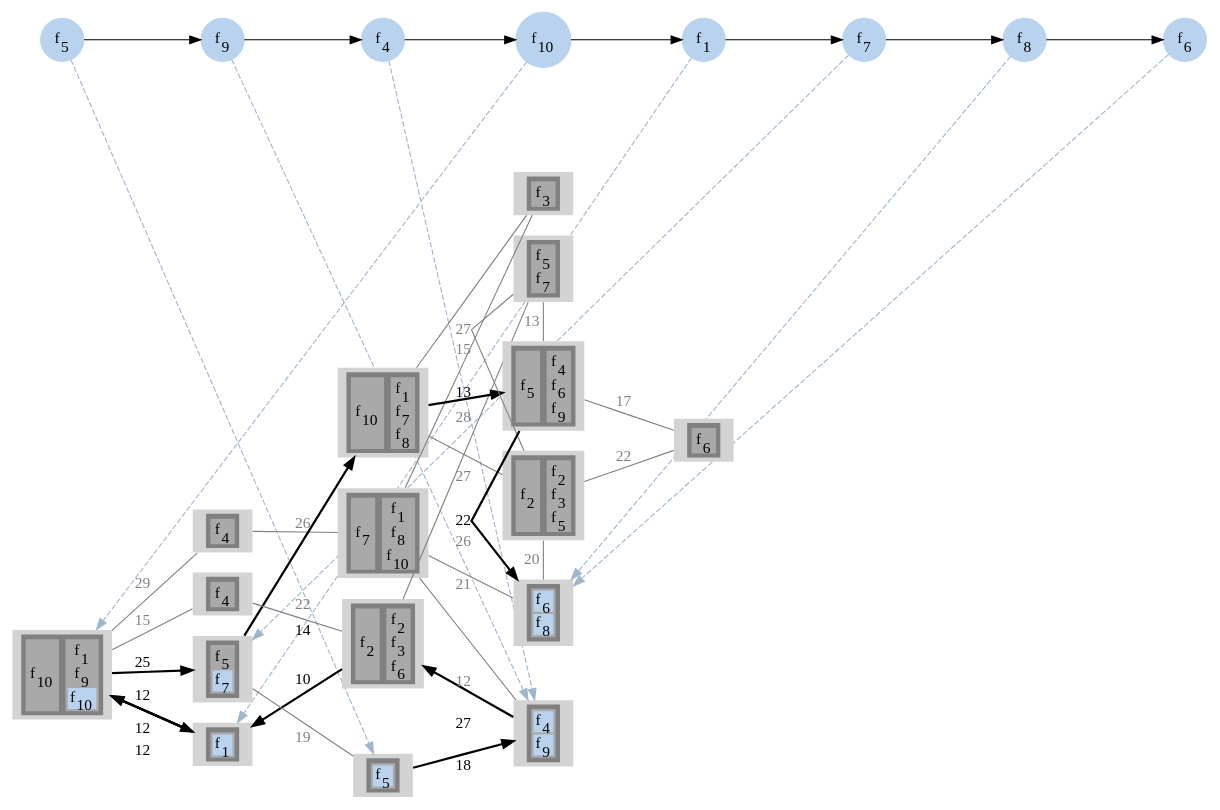
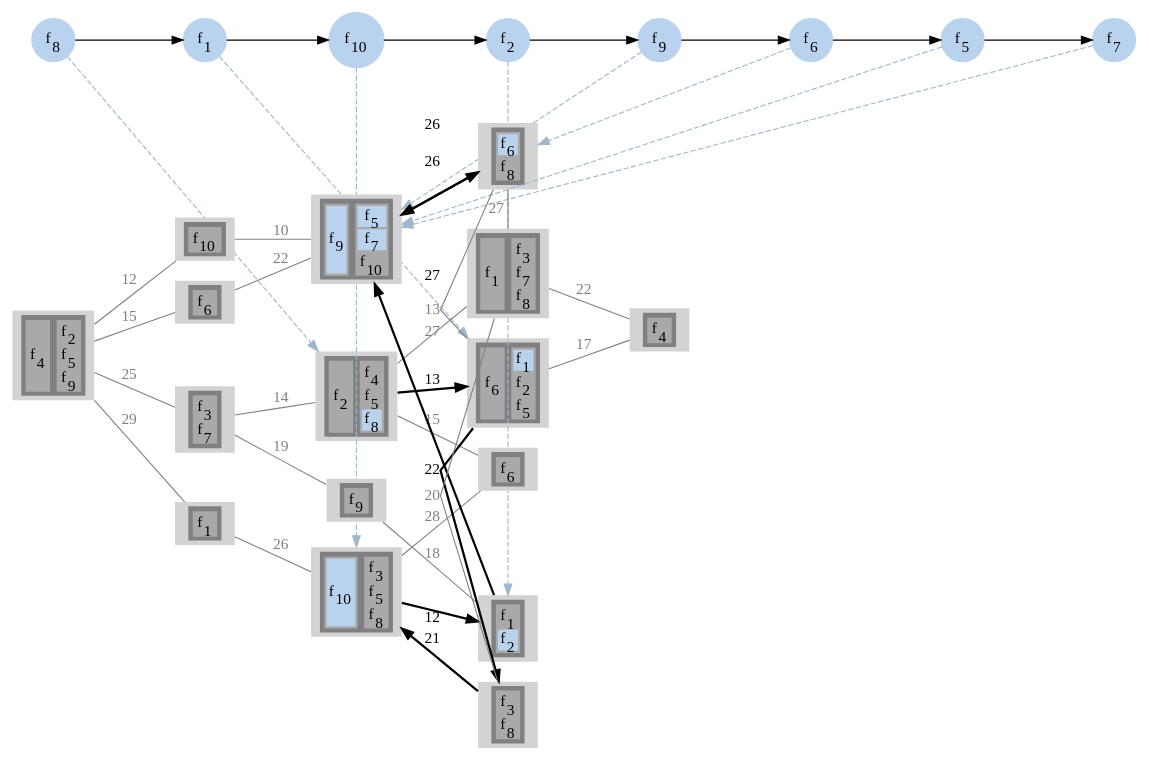
The diagram in output/sevenReliabilityOne/gv/sfcAssgn6.gv (prateekshyap/SFC_Placement_in_VNF), drawn with Graphviz before and after one commit. The commit also changed 80 other files, not shown here.

```diff
--- a/output/sevenReliabilityOne/gv/sfcAssgn6.gv
+++ b/output/sevenReliabilityOne/gv/sfcAssgn6.gv
@@ -5,29 +5,29 @@
 subgraph sfc
 {
 node [shape=circle]
+{rank = same; f8; };
+{rank = same; f1; };
+{rank = same; f10; };
+{rank = same; f2; };
+{rank = same; f9; };
+{rank = same; f6; };
 {rank = same; f5; };
-{rank = same; f9; };
-{rank = same; f4; };
-{rank = same; f10; };
-{rank = same; f1; };
 {rank = same; f7; };
-{rank = same; f8; };
-{rank = same; f6; };
+f8[style=filled label=<f<SUB>8</SUB>> color="slategray2"]
+f1[style=filled label=<f<SUB>1</SUB>> color="slategray2"]
+f10[style=filled label=<f<SUB>10</SUB>> color="slategray2"]
+f2[style=filled label=<f<SUB>2</SUB>> color="slategray2"]
+f9[style=filled label=<f<SUB>9</SUB>> color="slategray2"]
+f6[style=filled label=<f<SUB>6</SUB>> color="slategray2"]
 f5[style=filled label=<f<SUB>5</SUB>> color="slategray2"]
-f9[style=filled label=<f<SUB>9</SUB>> color="slategray2"]
-f4[style=filled label=<f<SUB>4</SUB>> color="slategray2"]
-f10[style=filled label=<f<SUB>10</SUB>> color="slategray2"]
-f1[style=filled label=<f<SUB>1</SUB>> color="slategray2"]
 f7[style=filled label=<f<SUB>7</SUB>> color="slategray2"]
-f8[style=filled label=<f<SUB>8</SUB>> color="slategray2"]
-f6[style=filled label=<f<SUB>6</SUB>> color="slategray2"]
-f5 -> f9
-f9 -> f4
-f4 -> f10
-f10 -> f1
-f1 -> f7
-f7 -> f8
-f8 -> f6
+f8 -> f1
+f1 -> f10
+f10 -> f2
+f2 -> f9
+f9 -> f6
+f6 -> f5
+f5 -> f7
 }
 subgraph network
 {
@@ -37,13 +37,96 @@
 {rank = same; 4; 6; 7; 9; };
 {rank = same; 5; 11; 10; 14; 12; 13; };
 {rank = same; 16; };
-7[style=filled
+9[style=filled
 label=<
 <TABLE BORDER="0" BGCOLOR="gray">
 <TR>
 <TD>
 <TABLE BORDER="0" BGCOLOR="darkgray">
-<TR><TD PORT="f19" BGCOLOR="slategray2">f<SUB>5</SUB></TD></TR>
+<TR><TD PORT="f6" BGCOLOR="darkgray">f<SUB>2</SUB></TD></TR>
+</TABLE>
+</TD>
+<TD>
+<TABLE BORDER="0" BGCOLOR="darkgray">
+<TR><TD PORT="f15" BGCOLOR="darkgray">f<SUB>4</SUB></TD></TR>
+<TR><TD PORT="f18" BGCOLOR="darkgray">f<SUB>5</SUB></TD></TR>
+<TR><TD PORT="f29" BGCOLOR="slategray2">f<SUB>8</SUB></TD></TR>
+</TABLE>
+</TD>
+</TR>
+</TABLE>>]
+
+12[style=filled
+label=<
+<TABLE BORDER="0" BGCOLOR="gray">
+<TR>
+<TD>
+<TABLE BORDER="0" BGCOLOR="darkgray">
+<TR><TD PORT="f22" BGCOLOR="darkgray">f<SUB>6</SUB></TD></TR>
+</TABLE>
+</TD>
+<TD>
+<TABLE BORDER="0" BGCOLOR="darkgray">
+<TR><TD PORT="f2" BGCOLOR="slategray2">f<SUB>1</SUB></TD></TR>
+<TR><TD PORT="f7" BGCOLOR="darkgray">f<SUB>2</SUB></TD></TR>
+<TR><TD PORT="f17" BGCOLOR="darkgray">f<SUB>5</SUB></TD></TR>
+</TABLE>
+</TD>
+</TR>
+</TABLE>>]
+
+12[style=filled
+label=<
+<TABLE BORDER="0" BGCOLOR="gray">
+<TR>
+<TD>
+<TABLE BORDER="0" BGCOLOR="darkgray">
+<TR><TD PORT="f22" BGCOLOR="darkgray">f<SUB>6</SUB></TD></TR>
+</TABLE>
+</TD>
+<TD>
+<TABLE BORDER="0" BGCOLOR="darkgray">
+<TR><TD PORT="f2" BGCOLOR="slategray2">f<SUB>1</SUB></TD></TR>
+<TR><TD PORT="f7" BGCOLOR="darkgray">f<SUB>2</SUB></TD></TR>
+<TR><TD PORT="f17" BGCOLOR="darkgray">f<SUB>5</SUB></TD></TR>
+</TABLE>
+</TD>
+</TR>
+</TABLE>>]
+
+6[style=filled
+label=<
+<TABLE BORDER="0" BGCOLOR="gray">
+<TR>
+<TD>
+<TABLE BORDER="0" BGCOLOR="darkgray">
+<TR><TD PORT="f36" BGCOLOR="slategray2">f<SUB>10</SUB></TD></TR>
+</TABLE>
+</TD>
+<TD>
+<TABLE BORDER="0" BGCOLOR="darkgray">
+<TR><TD PORT="f9" BGCOLOR="darkgray">f<SUB>3</SUB></TD></TR>
+<TR><TD PORT="f16" BGCOLOR="darkgray">f<SUB>5</SUB></TD></TR>
+<TR><TD PORT="f28" BGCOLOR="darkgray">f<SUB>8</SUB></TD></TR>
+</TABLE>
+</TD>
+</TR>
+</TABLE>>]
+
+6[style=filled
+label=<
+<TABLE BORDER="0" BGCOLOR="gray">
+<TR>
+<TD>
+<TABLE BORDER="0" BGCOLOR="darkgray">
+<TR><TD PORT="f36" BGCOLOR="slategray2">f<SUB>10</SUB></TD></TR>
+</TABLE>
+</TD>
+<TD>
+<TABLE BORDER="0" BGCOLOR="darkgray">
+<TR><TD PORT="f9" BGCOLOR="darkgray">f<SUB>3</SUB></TD></TR>
+<TR><TD PORT="f16" BGCOLOR="darkgray">f<SUB>5</SUB></TD></TR>
+<TR><TD PORT="f28" BGCOLOR="darkgray">f<SUB>8</SUB></TD></TR>
 </TABLE>
 </TD>
 </TR>
@@ -55,8 +138,8 @@
 <TR>
 <TD>
 <TABLE BORDER="0" BGCOLOR="darkgray">
-<TR><TD PORT="f14" BGCOLOR="slategray2">f<SUB>4</SUB></TD></TR>
-<TR><TD PORT="f34" BGCOLOR="slategray2">f<SUB>9</SUB></TD></TR>
+<TR><TD PORT="f1" BGCOLOR="darkgray">f<SUB>1</SUB></TD></TR>
+<TR><TD PORT="f5" BGCOLOR="slategray2">f<SUB>2</SUB></TD></TR>
 </TABLE>
 </TD>
 </TR>
@@ -68,21 +151,91 @@
 <TR>
 <TD>
 <TABLE BORDER="0" BGCOLOR="darkgray">
-<TR><TD PORT="f14" BGCOLOR="slategray2">f<SUB>4</SUB></TD></TR>
-<TR><TD PORT="f34" BGCOLOR="slategray2">f<SUB>9</SUB></TD></TR>
+<TR><TD PORT="f1" BGCOLOR="darkgray">f<SUB>1</SUB></TD></TR>
+<TR><TD PORT="f5" BGCOLOR="slategray2">f<SUB>2</SUB></TD></TR>
 </TABLE>
 </TD>
 </TR>
 </TABLE>>]
 
-5[style=filled
+4[style=filled
 label=<
 <TABLE BORDER="0" BGCOLOR="gray">
 <TR>
 <TD>
 <TABLE BORDER="0" BGCOLOR="darkgray">
-<TR><TD PORT="f14" BGCOLOR="slategray2">f<SUB>4</SUB></TD></TR>
 <TR><TD PORT="f34" BGCOLOR="slategray2">f<SUB>9</SUB></TD></TR>
+</TABLE>
+</TD>
+<TD>
+<TABLE BORDER="0" BGCOLOR="darkgray">
+<TR><TD PORT="f19" BGCOLOR="slategray2">f<SUB>5</SUB></TD></TR>
+<TR><TD PORT="f25" BGCOLOR="slategray2">f<SUB>7</SUB></TD></TR>
+<TR><TD PORT="f38" BGCOLOR="darkgray">f<SUB>10</SUB></TD></TR>
+</TABLE>
+</TD>
+</TR>
+</TABLE>>]
+
+4[style=filled
+label=<
+<TABLE BORDER="0" BGCOLOR="gray">
+<TR>
+<TD>
+<TABLE BORDER="0" BGCOLOR="darkgray">
+<TR><TD PORT="f34" BGCOLOR="slategray2">f<SUB>9</SUB></TD></TR>
+</TABLE>
+</TD>
+<TD>
+<TABLE BORDER="0" BGCOLOR="darkgray">
+<TR><TD PORT="f19" BGCOLOR="slategray2">f<SUB>5</SUB></TD></TR>
+<TR><TD PORT="f25" BGCOLOR="slategray2">f<SUB>7</SUB></TD></TR>
+<TR><TD PORT="f38" BGCOLOR="darkgray">f<SUB>10</SUB></TD></TR>
+</TABLE>
+</TD>
+</TR>
+</TABLE>>]
+
+11[style=filled
+label=<
+<TABLE BORDER="0" BGCOLOR="gray">
+<TR>
+<TD>
+<TABLE BORDER="0" BGCOLOR="darkgray">
+<TR><TD PORT="f24" BGCOLOR="slategray2">f<SUB>6</SUB></TD></TR>
+<TR><TD PORT="f30" BGCOLOR="darkgray">f<SUB>8</SUB></TD></TR>
+</TABLE>
+</TD>
+</TR>
+</TABLE>>]
+
+11[style=filled
+label=<
+<TABLE BORDER="0" BGCOLOR="gray">
+<TR>
+<TD>
+<TABLE BORDER="0" BGCOLOR="darkgray">
+<TR><TD PORT="f24" BGCOLOR="slategray2">f<SUB>6</SUB></TD></TR>
+<TR><TD PORT="f30" BGCOLOR="darkgray">f<SUB>8</SUB></TD></TR>
+</TABLE>
+</TD>
+</TR>
+</TABLE>>]
+
+4[style=filled
+label=<
+<TABLE BORDER="0" BGCOLOR="gray">
+<TR>
+<TD>
+<TABLE BORDER="0" BGCOLOR="darkgray">
+<TR><TD PORT="f34" BGCOLOR="slategray2">f<SUB>9</SUB></TD></TR>
+</TABLE>
+</TD>
+<TD>
+<TABLE BORDER="0" BGCOLOR="darkgray">
+<TR><TD PORT="f19" BGCOLOR="slategray2">f<SUB>5</SUB></TD></TR>
+<TR><TD PORT="f25" BGCOLOR="slategray2">f<SUB>7</SUB></TD></TR>
+<TR><TD PORT="f38" BGCOLOR="darkgray">f<SUB>10</SUB></TD></TR>
 </TABLE>
 </TD>
 </TR>
@@ -94,33 +247,14 @@
 <TR>
 <TD>
 <TABLE BORDER="0" BGCOLOR="darkgray">
-<TR><TD PORT="f37" BGCOLOR="darkgray">f<SUB>10</SUB></TD></TR>
+<TR><TD PORT="f13" BGCOLOR="darkgray">f<SUB>4</SUB></TD></TR>
 </TABLE>
 </TD>
 <TD>
 <TABLE BORDER="0" BGCOLOR="darkgray">
-<TR><TD PORT="f3" BGCOLOR="darkgray">f<SUB>1</SUB></TD></TR>
-<TR><TD PORT="f33" BGCOLOR="darkgray">f<SUB>9</SUB></TD></TR>
-<TR><TD PORT="f38" BGCOLOR="slategray2">f<SUB>10</SUB></TD></TR>
-</TABLE>
-</TD>
-</TR>
-</TABLE>>]
-
-1[style=filled
-label=<
-<TABLE BORDER="0" BGCOLOR="gray">
-<TR>
-<TD>
-<TABLE BORDER="0" BGCOLOR="darkgray">
-<TR><TD PORT="f37" BGCOLOR="darkgray">f<SUB>10</SUB></TD></TR>
-</TABLE>
-</TD>
-<TD>
-<TABLE BORDER="0" BGCOLOR="darkgray">
-<TR><TD PORT="f3" BGCOLOR="darkgray">f<SUB>1</SUB></TD></TR>
-<TR><TD PORT="f33" BGCOLOR="darkgray">f<SUB>9</SUB></TD></TR>
-<TR><TD PORT="f38" BGCOLOR="slategray2">f<SUB>10</SUB></TD></TR>
+<TR><TD PORT="f8" BGCOLOR="darkgray">f<SUB>2</SUB></TD></TR>
+<TR><TD PORT="f20" BGCOLOR="darkgray">f<SUB>5</SUB></TD></TR>
+<TR><TD PORT="f35" BGCOLOR="darkgray">f<SUB>9</SUB></TD></TR>
 </TABLE>
 </TD>
 </TR>
@@ -132,19 +266,19 @@
 <TR>
 <TD>
 <TABLE BORDER="0" BGCOLOR="darkgray">
-<TR><TD PORT="f2" BGCOLOR="slategray2">f<SUB>1</SUB></TD></TR>
+<TR><TD PORT="f37" BGCOLOR="darkgray">f<SUB>10</SUB></TD></TR>
 </TABLE>
 </TD>
 </TR>
 </TABLE>>]
 
-2[style=filled
+3[style=filled
 label=<
 <TABLE BORDER="0" BGCOLOR="gray">
 <TR>
 <TD>
 <TABLE BORDER="0" BGCOLOR="darkgray">
-<TR><TD PORT="f2" BGCOLOR="slategray2">f<SUB>1</SUB></TD></TR>
+<TR><TD PORT="f4" BGCOLOR="darkgray">f<SUB>1</SUB></TD></TR>
 </TABLE>
 </TD>
 </TR>
@@ -156,21 +290,44 @@
 <TR>
 <TD>
 <TABLE BORDER="0" BGCOLOR="darkgray">
-<TR><TD PORT="f18" BGCOLOR="darkgray">f<SUB>5</SUB></TD></TR>
-<TR><TD PORT="f28" BGCOLOR="slategray2">f<SUB>7</SUB></TD></TR>
+<TR><TD PORT="f11" BGCOLOR="darkgray">f<SUB>3</SUB></TD></TR>
+<TR><TD PORT="f27" BGCOLOR="darkgray">f<SUB>7</SUB></TD></TR>
 </TABLE>
 </TD>
 </TR>
 </TABLE>>]
 
-8[style=filled
+15[style=filled
 label=<
 <TABLE BORDER="0" BGCOLOR="gray">
 <TR>
 <TD>
 <TABLE BORDER="0" BGCOLOR="darkgray">
-<TR><TD PORT="f18" BGCOLOR="darkgray">f<SUB>5</SUB></TD></TR>
-<TR><TD PORT="f28" BGCOLOR="slategray2">f<SUB>7</SUB></TD></TR>
+<TR><TD PORT="f23" BGCOLOR="darkgray">f<SUB>6</SUB></TD></TR>
+</TABLE>
+</TD>
+</TR>
+</TABLE>>]
+
+7[style=filled
+label=<
+<TABLE BORDER="0" BGCOLOR="gray">
+<TR>
+<TD>
+<TABLE BORDER="0" BGCOLOR="darkgray">
+<TR><TD PORT="f33" BGCOLOR="darkgray">f<SUB>9</SUB></TD></TR>
+</TABLE>
+</TD>
+</TR>
+</TABLE>>]
+
+10[style=filled
+label=<
+<TABLE BORDER="0" BGCOLOR="gray">
+<TR>
+<TD>
+<TABLE BORDER="0" BGCOLOR="darkgray">
+<TR><TD PORT="f21" BGCOLOR="darkgray">f<SUB>6</SUB></TD></TR>
 </TABLE>
 </TD>
 </TR>
@@ -182,146 +339,8 @@
 <TR>
 <TD>
 <TABLE BORDER="0" BGCOLOR="darkgray">
-<TR><TD PORT="f21" BGCOLOR="slategray2">f<SUB>6</SUB></TD></TR>
-<TR><TD PORT="f31" BGCOLOR="slategray2">f<SUB>8</SUB></TD></TR>
-</TABLE>
-</TD>
-</TR>
-</TABLE>>]
-
-14[style=filled
-label=<
-<TABLE BORDER="0" BGCOLOR="gray">
-<TR>
-<TD>
-<TABLE BORDER="0" BGCOLOR="darkgray">
-<TR><TD PORT="f21" BGCOLOR="slategray2">f<SUB>6</SUB></TD></TR>
-<TR><TD PORT="f31" BGCOLOR="slategray2">f<SUB>8</SUB></TD></TR>
-</TABLE>
-</TD>
-</TR>
-</TABLE>>]
-
-3[style=filled
-label=<
-<TABLE BORDER="0" BGCOLOR="gray">
-<TR>
-<TD>
-<TABLE BORDER="0" BGCOLOR="darkgray">
-<TR><TD PORT="f12" BGCOLOR="darkgray">f<SUB>4</SUB></TD></TR>
-</TABLE>
-</TD>
-</TR>
-</TABLE>>]
-
-15[style=filled
-label=<
-<TABLE BORDER="0" BGCOLOR="gray">
-<TR>
-<TD>
-<TABLE BORDER="0" BGCOLOR="darkgray">
-<TR><TD PORT="f13" BGCOLOR="darkgray">f<SUB>4</SUB></TD></TR>
-</TABLE>
-</TD>
-</TR>
-</TABLE>>]
-
-4[style=filled
-label=<
-<TABLE BORDER="0" BGCOLOR="gray">
-<TR>
-<TD>
-<TABLE BORDER="0" BGCOLOR="darkgray">
-<TR><TD PORT="f6" BGCOLOR="darkgray">f<SUB>2</SUB></TD></TR>
-</TABLE>
-</TD>
-<TD>
-<TABLE BORDER="0" BGCOLOR="darkgray">
-<TR><TD PORT="f7" BGCOLOR="darkgray">f<SUB>2</SUB></TD></TR>
 <TR><TD PORT="f10" BGCOLOR="darkgray">f<SUB>3</SUB></TD></TR>
-<TR><TD PORT="f22" BGCOLOR="darkgray">f<SUB>6</SUB></TD></TR>
-</TABLE>
-</TD>
-</TR>
-</TABLE>>]
-
-6[style=filled
-label=<
-<TABLE BORDER="0" BGCOLOR="gray">
-<TR>
-<TD>
-<TABLE BORDER="0" BGCOLOR="darkgray">
-<TR><TD PORT="f26" BGCOLOR="darkgray">f<SUB>7</SUB></TD></TR>
-</TABLE>
-</TD>
-<TD>
-<TABLE BORDER="0" BGCOLOR="darkgray">
-<TR><TD PORT="f4" BGCOLOR="darkgray">f<SUB>1</SUB></TD></TR>
-<TR><TD PORT="f30" BGCOLOR="darkgray">f<SUB>8</SUB></TD></TR>
-<TR><TD PORT="f36" BGCOLOR="darkgray">f<SUB>10</SUB></TD></TR>
-</TABLE>
-</TD>
-</TR>
-</TABLE>>]
-
-11[style=filled
-label=<
-<TABLE BORDER="0" BGCOLOR="gray">
-<TR>
-<TD>
-<TABLE BORDER="0" BGCOLOR="darkgray">
-<TR><TD PORT="f17" BGCOLOR="darkgray">f<SUB>5</SUB></TD></TR>
-<TR><TD PORT="f27" BGCOLOR="darkgray">f<SUB>7</SUB></TD></TR>
-</TABLE>
-</TD>
-</TR>
-</TABLE>>]
-
-10[style=filled
-label=<
-<TABLE BORDER="0" BGCOLOR="gray">
-<TR>
-<TD>
-<TABLE BORDER="0" BGCOLOR="darkgray">
-<TR><TD PORT="f9" BGCOLOR="darkgray">f<SUB>3</SUB></TD></TR>
-</TABLE>
-</TD>
-</TR>
-</TABLE>>]
-
-9[style=filled
-label=<
-<TABLE BORDER="0" BGCOLOR="gray">
-<TR>
-<TD>
-<TABLE BORDER="0" BGCOLOR="darkgray">
-<TR><TD PORT="f35" BGCOLOR="darkgray">f<SUB>10</SUB></TD></TR>
-</TABLE>
-</TD>
-<TD>
-<TABLE BORDER="0" BGCOLOR="darkgray">
-<TR><TD PORT="f1" BGCOLOR="darkgray">f<SUB>1</SUB></TD></TR>
-<TR><TD PORT="f25" BGCOLOR="darkgray">f<SUB>7</SUB></TD></TR>
-<TR><TD PORT="f29" BGCOLOR="darkgray">f<SUB>8</SUB></TD></TR>
-</TABLE>
-</TD>
-</TR>
-</TABLE>>]
-
-12[style=filled
-label=<
-<TABLE BORDER="0" BGCOLOR="gray">
-<TR>
-<TD>
-<TABLE BORDER="0" BGCOLOR="darkgray">
-<TR><TD PORT="f16" BGCOLOR="darkgray">f<SUB>5</SUB></TD></TR>
-</TABLE>
-</TD>
-<TD>
-<TABLE BORDER="0" BGCOLOR="darkgray">
-<TR><TD PORT="f15" BGCOLOR="darkgray">f<SUB>4</SUB></TD></TR>
-<TR><TD PORT="f23" BGCOLOR="darkgray">f<SUB>6</SUB></TD></TR>
-<TR><TD PORT="f32" BGCOLOR="darkgray">f<SUB>9</SUB></TD></TR>
+<TR><TD PORT="f32" BGCOLOR="darkgray">f<SUB>8</SUB></TD></TR>
 </TABLE>
 </TD>
 </TR>
@@ -333,14 +352,14 @@
 <TR>
 <TD>
 <TABLE BORDER="0" BGCOLOR="darkgray">
-<TR><TD PORT="f5" BGCOLOR="darkgray">f<SUB>2</SUB></TD></TR>
+<TR><TD PORT="f3" BGCOLOR="darkgray">f<SUB>1</SUB></TD></TR>
 </TABLE>
 </TD>
 <TD>
 <TABLE BORDER="0" BGCOLOR="darkgray">
-<TR><TD PORT="f8" BGCOLOR="darkgray">f<SUB>2</SUB></TD></TR>
-<TR><TD PORT="f11" BGCOLOR="darkgray">f<SUB>3</SUB></TD></TR>
-<TR><TD PORT="f20" BGCOLOR="darkgray">f<SUB>5</SUB></TD></TR>
+<TR><TD PORT="f12" BGCOLOR="darkgray">f<SUB>3</SUB></TD></TR>
+<TR><TD PORT="f26" BGCOLOR="darkgray">f<SUB>7</SUB></TD></TR>
+<TR><TD PORT="f31" BGCOLOR="darkgray">f<SUB>8</SUB></TD></TR>
 </TABLE>
 </TD>
 </TR>
@@ -352,31 +371,30 @@
 <TR>
 <TD>
 <TABLE BORDER="0" BGCOLOR="darkgray">
-<TR><TD PORT="f24" BGCOLOR="darkgray">f<SUB>6</SUB></TD></TR>
+<TR><TD PORT="f14" BGCOLOR="darkgray">f<SUB>4</SUB></TD></TR>
 </TABLE>
 </TD>
 </TR>
 </TABLE>>]
 
-7 -> 5[label="18" color="black" penwidth=2]
-5 -> 4[label="27" color="black" penwidth=2]
-4 -> 2[label="10" color="black" penwidth=2]
-2 -> 1[label="12" color="black" penwidth=2]
-1 -> 2[label="12" color="black" penwidth=2]
-2 -> 1[label="12" color="black" penwidth=2]
-1 -> 8[label="25" color="black" penwidth=2]
-8 -> 9[label="14" color="black" penwidth=2]
 9 -> 12[label="13" color="black" penwidth=2]
 12 -> 14[label="22" color="black" penwidth=2]
+14 -> 6[label="21" color="black" penwidth=2]
+6 -> 5[label="12" color="black" penwidth=2]
+5 -> 4[label="27" color="black" penwidth=2]
+4 -> 11[label="26" color="black" penwidth=2]
+11 -> 4[label="26" color="black" penwidth=2]
+1 -> 2[label="12" color="gray" fontcolor="gray" dir = none]
 1 -> 3[label="29" color="gray" fontcolor="gray" dir = none]
+1 -> 8[label="25" color="gray" fontcolor="gray" dir = none]
 1 -> 15[label="15" color="gray" fontcolor="gray" dir = none]
+2 -> 4[label="10" color="gray" fontcolor="gray" dir = none]
 3 -> 6[label="26" color="gray" fontcolor="gray" dir = none]
-4 -> 11[label="26" color="gray" fontcolor="gray" dir = none]
 4 -> 15[label="22" color="gray" fontcolor="gray" dir = none]
-5 -> 6[label="12" color="gray" fontcolor="gray" dir = none]
+5 -> 7[label="18" color="gray" fontcolor="gray" dir = none]
 6 -> 10[label="28" color="gray" fontcolor="gray" dir = none]
-6 -> 14[label="21" color="gray" fontcolor="gray" dir = none]
 7 -> 8[label="19" color="gray" fontcolor="gray" dir = none]
+8 -> 9[label="14" color="gray" fontcolor="gray" dir = none]
 9 -> 10[label="15" color="gray" fontcolor="gray" dir = none]
 9 -> 13[label="27" color="gray" fontcolor="gray" dir = none]
 11 -> 12[label="13" color="gray" fontcolor="gray" dir = none]
@@ -386,12 +404,12 @@
 13 -> 16[label="22" color="gray" fontcolor="gray" dir = none]
 }
 splines=false
-f5 -> 7[color="slategray3" style=dashed constraint=false]
-f9 -> 5[color="slategray3" style=dashed constraint=false]
-f4 -> 5[color="slategray3" style=dashed constraint=false]
-f10 -> 1[color="slategray3" style=dashed constraint=false]
-f1 -> 2[color="slategray3" style=dashed constraint=false]
-f7 -> 8[color="slategray3" style=dashed constraint=false]
-f8 -> 14[color="slategray3" style=dashed constraint=false]
-f6 -> 14[color="slategray3" style=dashed constraint=false]
+f8 -> 9[color="slategray3" style=dashed constraint=false]
+f1 -> 12[color="slategray3" style=dashed constraint=false]
+f10 -> 6[color="slategray3" style=dashed constraint=false]
+f2 -> 5[color="slategray3" style=dashed constraint=false]
+f9 -> 4[color="slategray3" style=dashed constraint=false]
+f6 -> 11[color="slategray3" style=dashed constraint=false]
+f5 -> 4[color="slategray3" style=dashed constraint=false]
+f7 -> 4[color="slategray3" style=dashed constraint=false]
 }
```
